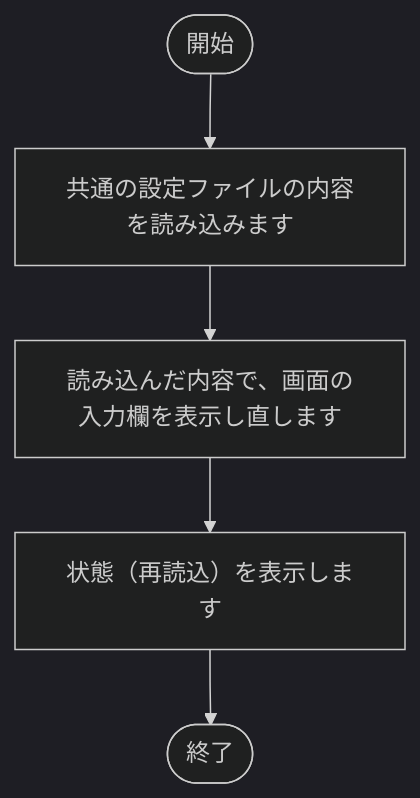
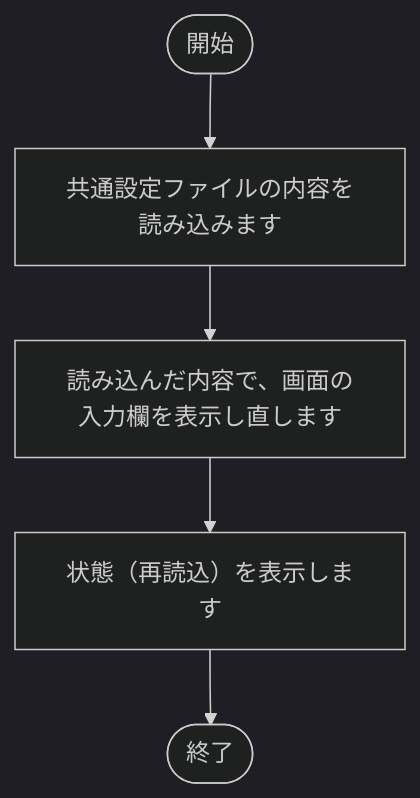
Before and after one commit to nishida2073/project_management: the tenth of 16 diagrams in tool/kintone-resourse-generator/doc/02_設計/処理フロー.md, drawn with Mermaid (dark theme). The commit also changed other lines of this file and 6 other files, not shown here.

````diff
--- a/tool/kintone-resourse-generator/doc/02_設計/処理フロー.md
+++ b/tool/kintone-resourse-generator/doc/02_設計/処理フロー.md
@@ -313,12 +313,12 @@
 ```mermaid
 flowchart TD
     S(["開始"])
     E(["終了"])
-    N1["共通の設定ファイルの内容を読み込みます"]
+    N1["共通設定ファイルの内容を読み込みます"]
     S --> N1
     N2["読み込んだ内容で、画面の入力欄を表示し直します"]
     N1 --> N2
     N3["状態（再読込）を表示します"]
     N2 --> N3
     N3 --> E
 ```
````
